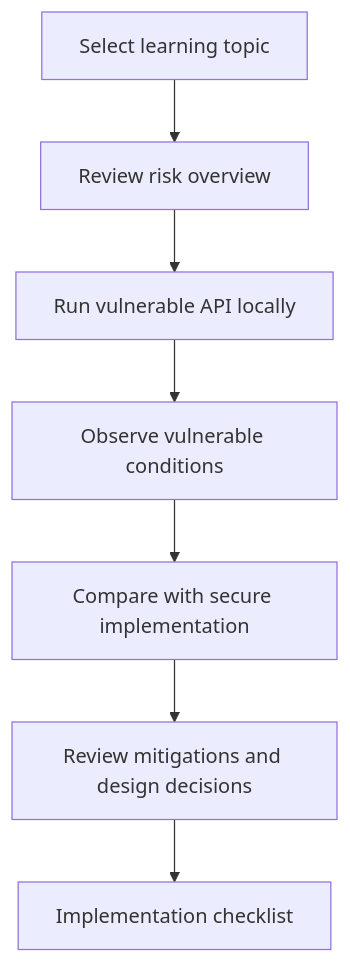
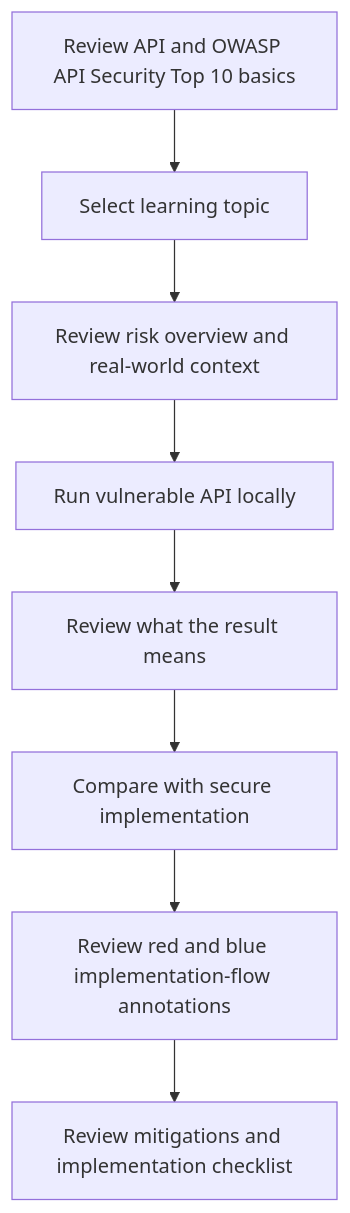
The diagram in docs/proposal.en.md (kiryu1211/api-security-lab-platform), drawn with Mermaid before and after one commit. The commit also changed other lines of this file and 13 other files, not shown here.

````diff
--- a/docs/proposal.en.md
+++ b/docs/proposal.en.md
@@ -37,9 +37,10 @@
 ```mermaid
 flowchart TD
-    A[Select learning topic] --> B[Review risk overview]
-    B --> C[Run vulnerable API locally]
-    C --> D[Observe vulnerable conditions]
-    D --> E[Compare with secure implementation]
-    E --> F[Review mitigations and design decisions]
-    F --> G[Implementation checklist]
+    A[Review API and OWASP API Security Top 10 basics] --> B[Select learning topic]
+    B --> C[Review risk overview and real-world context]
+    C --> D[Run vulnerable API locally]
+    D --> E[Review what the result means]
+    E --> F[Compare with secure implementation]
+    F --> G[Review red and blue implementation-flow annotations]
+    G --> H[Review mitigations and implementation checklist]
 ```
````
